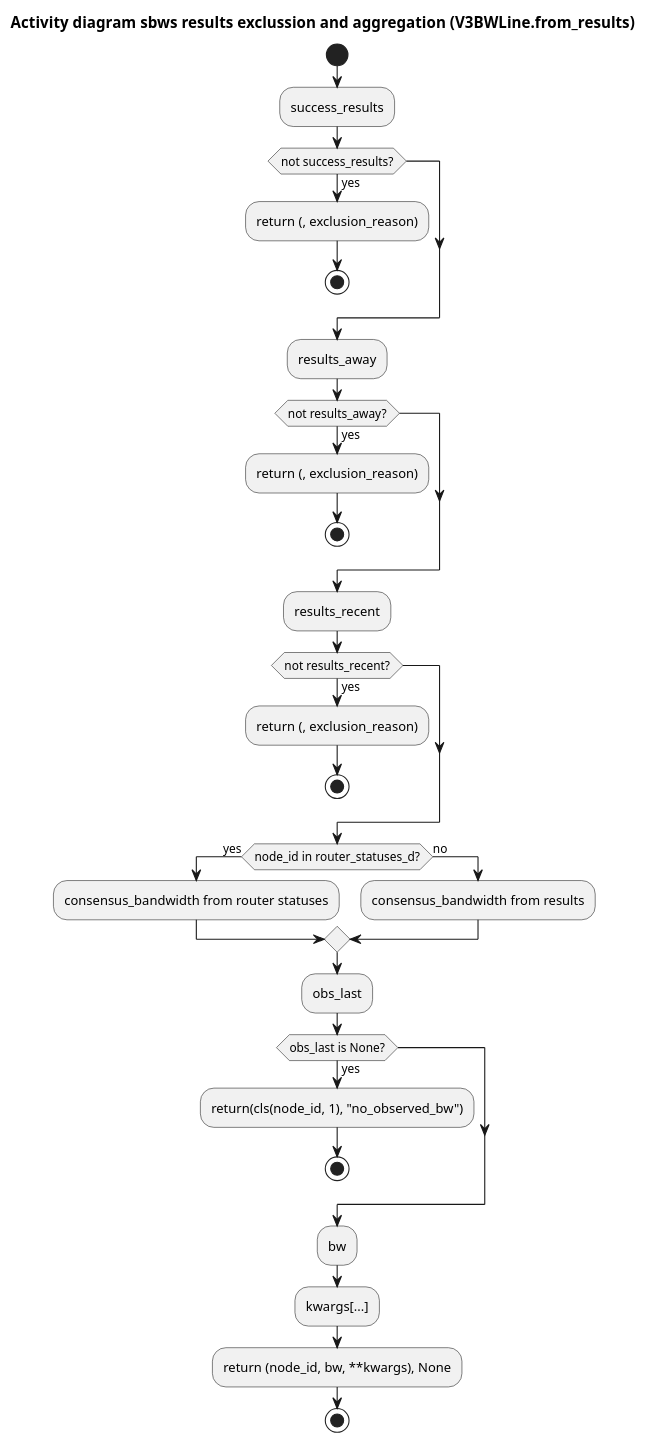
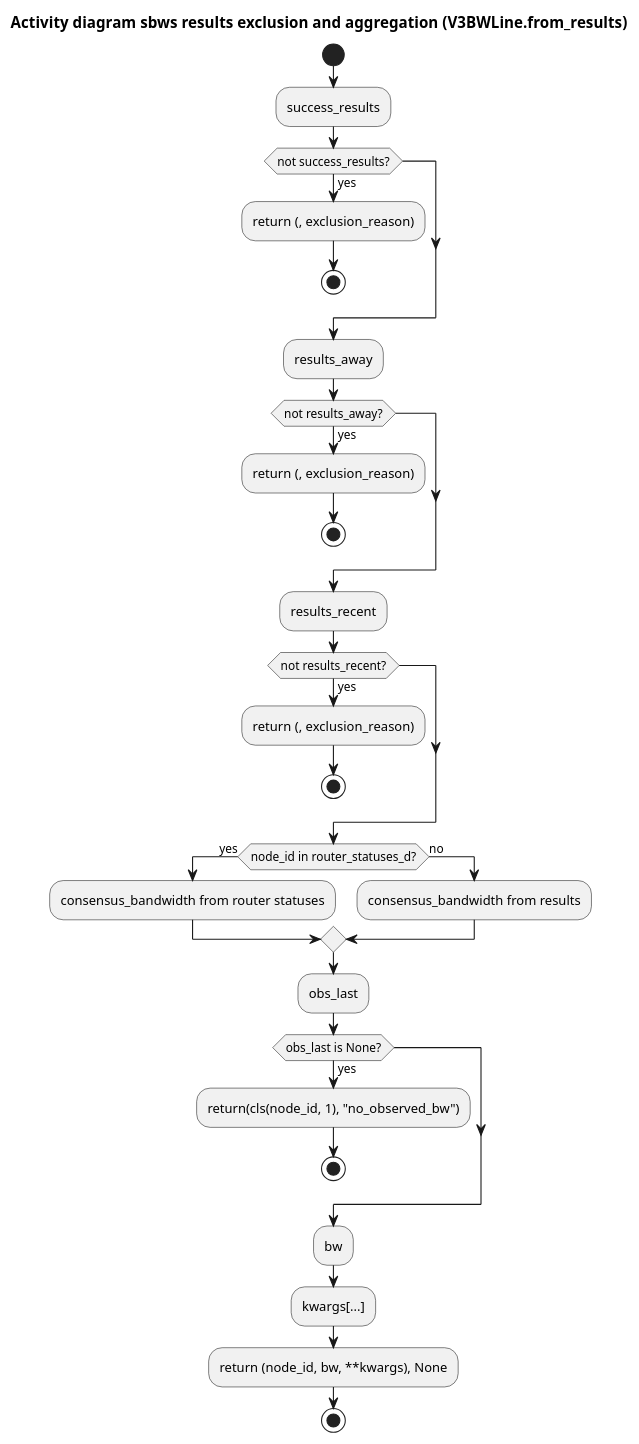
The diagram in docs/source/activity_aggr_lines.puml (anyone-protocol/sbws), drawn with PlantUML before and after one commit. The commit also changed 1 other file, not shown here.

```diff
--- a/docs/source/activity_aggr_lines.puml
+++ b/docs/source/activity_aggr_lines.puml
@@ -1,36 +1,36 @@
 @startuml
 
-title Activity diagram sbws results exclussion and aggregation (V3BWLine.from_results)
+title Activity diagram sbws results exclusion and aggregation (V3BWLine.from_results)
 
 start
 :success_results;
 if (not success_results?) then (yes)
     :return (, exclusion_reason);
     stop
 endif
 :results_away;
 if (not results_away?) then (yes)
     :return (, exclusion_reason);
     stop
 endif
 :results_recent;
 if (not results_recent?) then (yes)
     :return (, exclusion_reason);
     stop
 endif
 if (node_id in router_statuses_d?) then (yes)
     :consensus_bandwidth from router statuses;
 else (no)
     :consensus_bandwidth from results;
 endif
 :obs_last;
 if (obs_last is None?) then (yes)
     :return(cls(node_id, 1), "no_observed_bw");
     stop
 endif
 :bw;
 :kwargs[...];
 :return (node_id, bw, **kwargs), None;
 stop
 
 @enduml
```
